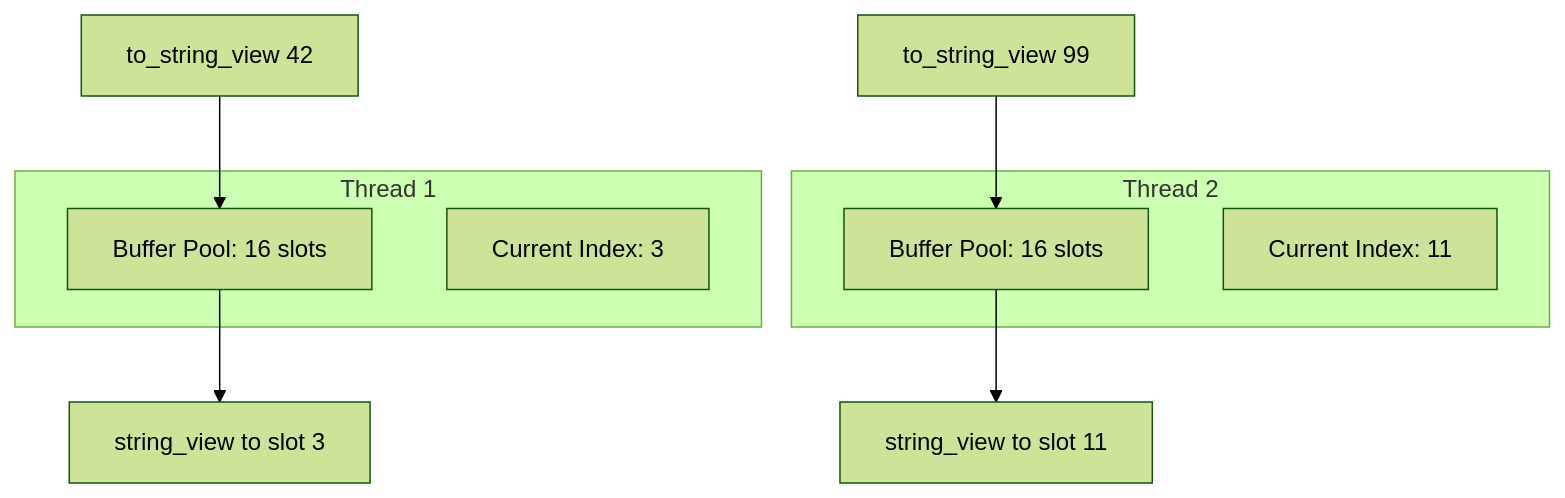
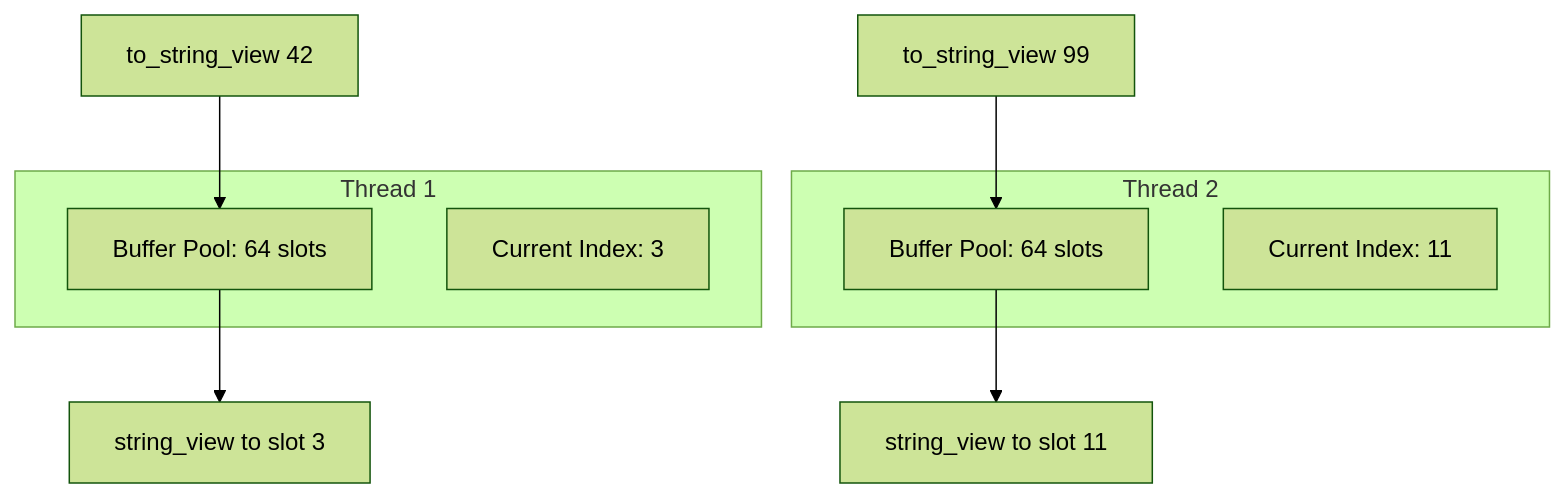
One commit to schroedermatthew/FatP changed the third of 4 diagrams in components/ConstexprUtilities/docs/User Manual - ConstexprUtilities.md. Above: the diagram before and after it, drawn with Mermaid (forest theme). The commit also changed other lines of this file and 103 other files, not shown here.

````diff
--- a/components/ConstexprUtilities/docs/User Manual - ConstexprUtilities.md
+++ b/components/ConstexprUtilities/docs/User Manual - ConstexprUtilities.md
@@ -288,18 +303,18 @@
 ```mermaid
 flowchart TB
     subgraph Thread1["Thread 1"]
-        Pool1["Buffer Pool: 16 slots"]
+        Pool1["Buffer Pool: 64 slots"]
         Idx1["Current Index: 3"]
     end
     
     subgraph Thread2["Thread 2"]
-        Pool2["Buffer Pool: 16 slots"]
+        Pool2["Buffer Pool: 64 slots"]
         Idx2["Current Index: 11"]
     end
     
     Call1["to_string_view 42"] --> Pool1
     Call2["to_string_view 99"] --> Pool2
     
     Pool1 --> View1["string_view to slot 3"]
     Pool2 --> View2["string_view to slot 11"]
 ```
````
